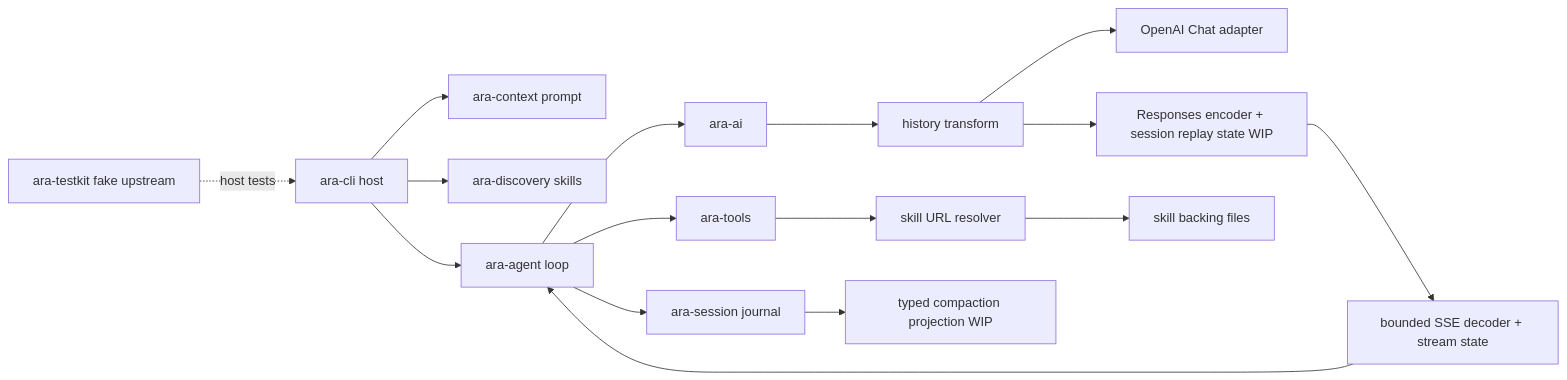
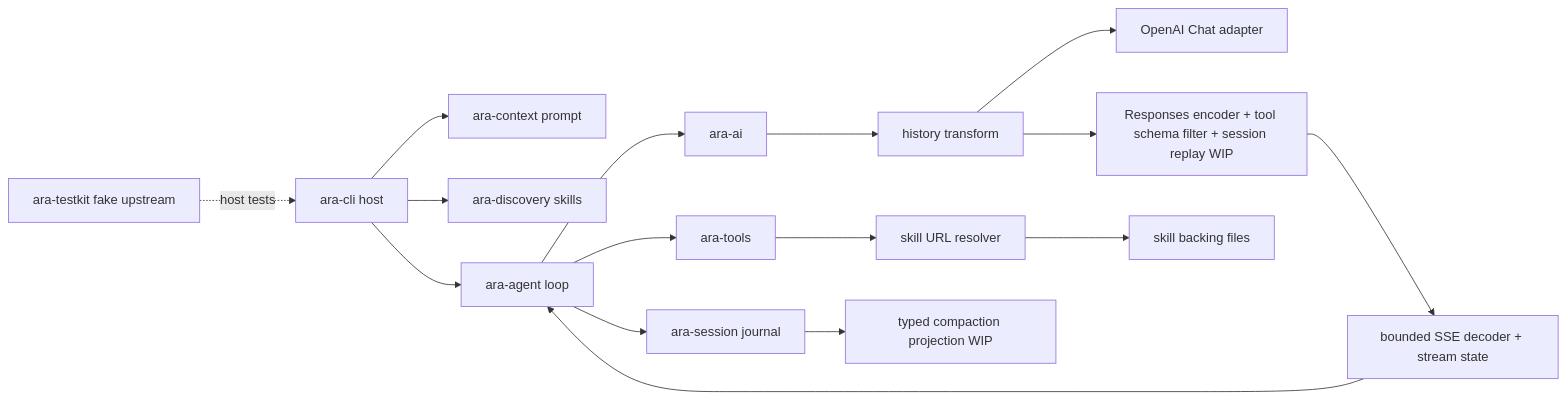
Before and after one commit to ZZray/ara: the diagram in docs/handoffs/2026-09-27.md, drawn with Mermaid. The commit also changed other lines of this file and 5 other files, not shown here.

Commit message:
WIP: normalize Responses tool schemas and quarantine invalid tools

````diff
--- a/docs/handoffs/2026-09-27.md
+++ b/docs/handoffs/2026-09-27.md
@@ -69,18 +70,18 @@
 ```mermaid
 flowchart LR
     CLI[ara-cli host] --> CTX[ara-context prompt]
     CLI --> DISC[ara-discovery skills]
     CLI --> AGT[ara-agent loop]
     AGT --> AI[ara-ai]
     AI --> XFORM[history transform]
     XFORM --> PROVIDER[OpenAI Chat adapter]
-    XFORM --> RESP[Responses encoder + session replay state WIP]
+    XFORM --> RESP[Responses encoder + tool schema filter + session replay WIP]
     RESP --> SSE[bounded SSE decoder + stream state]
     SSE --> AGT
     AGT --> TOOLS[ara-tools]
     TOOLS --> URL[skill URL resolver]
     URL --> FS[skill backing files]
     AGT --> SES[ara-session journal]
     SES --> PROJ[typed compaction projection WIP]
     TK[ara-testkit fake upstream] -. host tests .-> CLI
 ```
````
